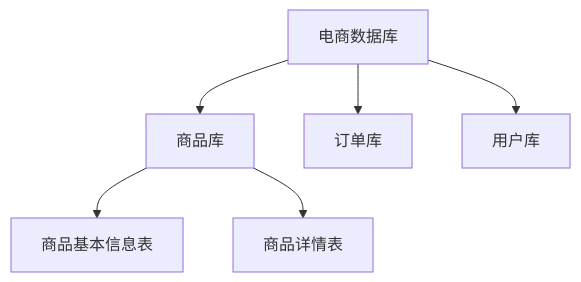
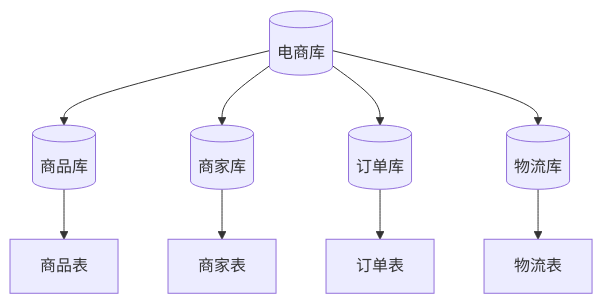
Before and after one commit to crashingby/homepage: diagram 13 of 40 in src/content/blog/Software-Construction/Chap09.md, drawn with Mermaid. The commit also changed other lines of this file and 6 other files, not shown here.

````diff
--- a/src/content/blog/Software-Construction/Chap09.md
+++ b/src/content/blog/Software-Construction/Chap09.md
@@ -393,8 +471,14 @@
 ```mermaid
 flowchart TD
-  A["电商数据库"] --> B["商品库"]
-  A --> C["订单库"]
-  A --> D["用户库"]
-  B --> E["商品基本信息表"]
-  B --> F["商品详情表"]
+  Ecom[("电商库")]
+
+  Ecom --> Product[("商品库")]
+  Ecom --> Merchant[("商家库")]
+  Ecom --> Order[("订单库")]
+  Ecom --> Logistics[("物流库")]
+
+  Product --> ProductTable["商品表"]
+  Merchant --> MerchantTable["商家表"]
+  Order --> OrderTable["订单表"]
+  Logistics --> LogisticsTable["物流表"]
 ```
````
